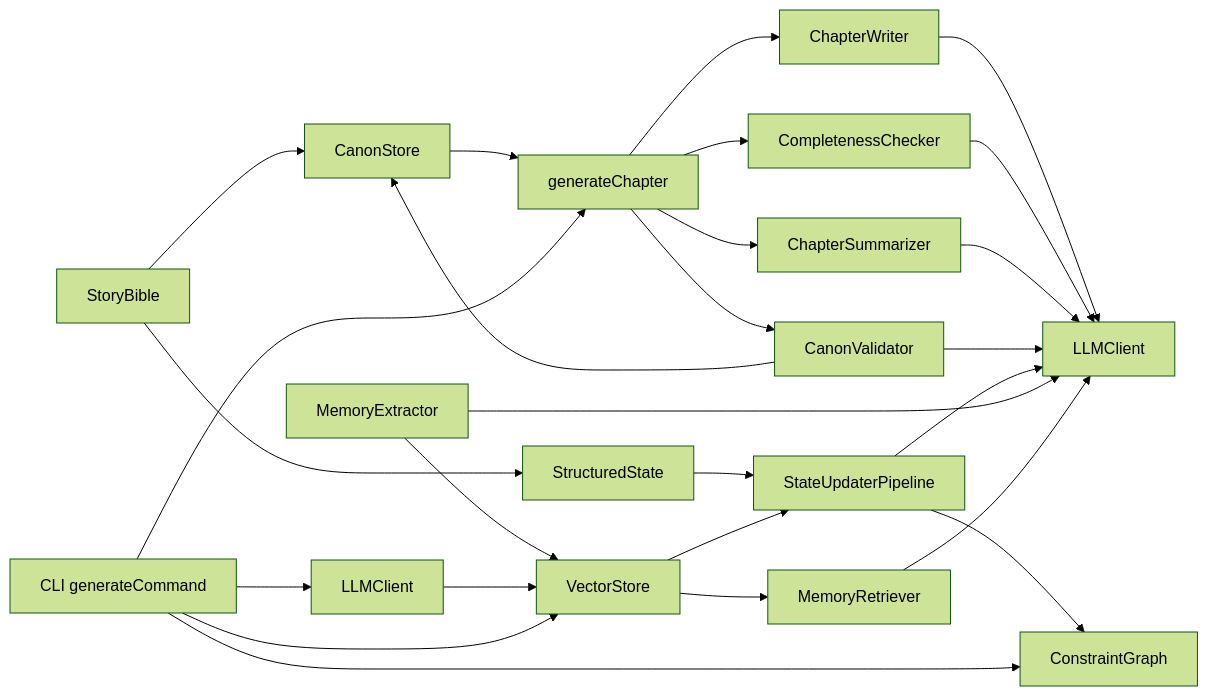
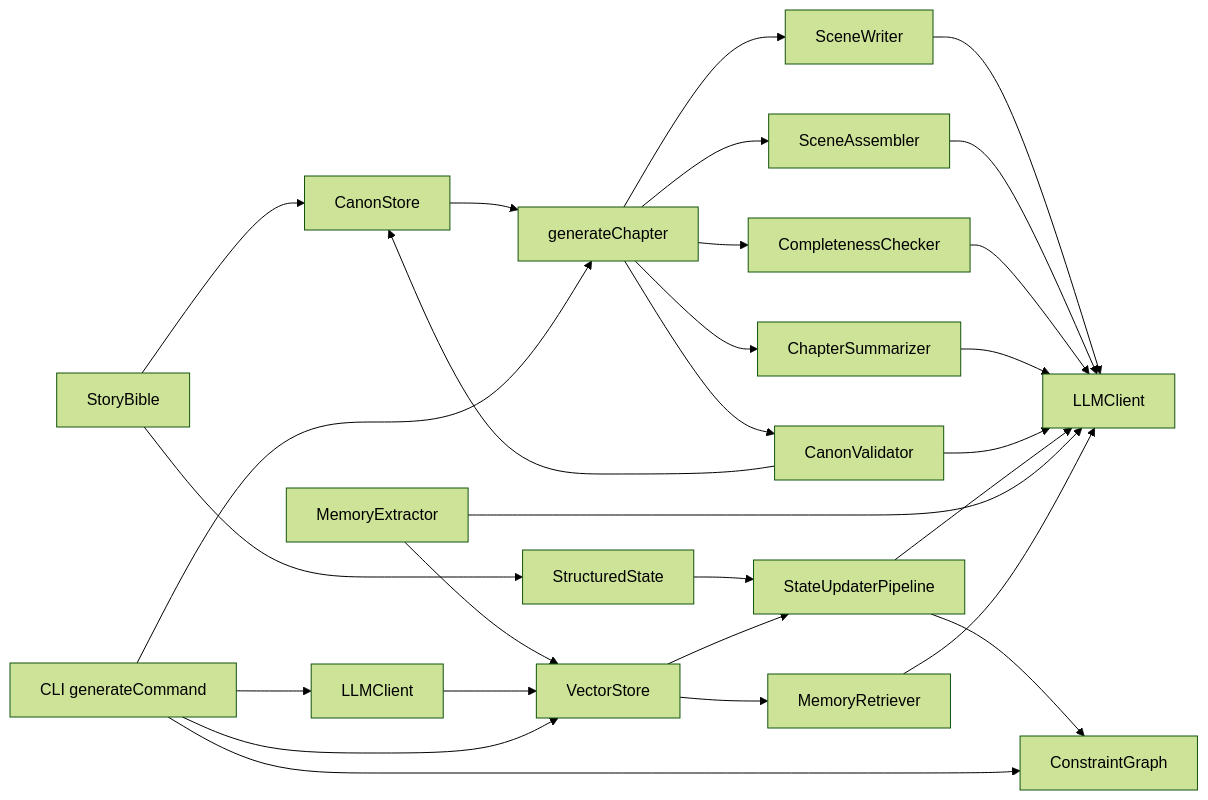
Diagram 17 of 17 in .qoder/repowiki/en/content/Memory Management System/Memory Management System.md (liwonder/NARRITIVE_OS), drawn with Mermaid (forest theme) before and after one commit. The commit also changed other lines of this file and 22 other files, not shown here.

````diff
--- a/.qoder/repowiki/en/content/Memory Management System/Memory Management System.md
+++ b/.qoder/repowiki/en/content/Memory Management System/Memory Management System.md
@@ -710,28 +849,30 @@
 ```mermaid
 graph LR
 B["StoryBible"] --> CS["CanonStore"]
 B --> SS["StructuredState"]
 CS --> G["generateChapter"]
 SS --> SU["StateUpdaterPipeline"]
 VS["VectorStore"] --> MR["MemoryRetriever"]
 VS --> SU
 ME["MemoryExtractor"] --> VS
 SU --> CG["ConstraintGraph"]
-G --> W["ChapterWriter"]
+G --> SW["SceneWriter"]
+G --> SA["SceneAssembler"]
 G --> C["CompletenessChecker"]
 G --> Z["ChapterSummarizer"]
 G --> V["CanonValidator"]
 V --> CS
-W --> LLM["LLMClient"]
+SW --> LLM["LLMClient"]
+SA --> LLM
 C --> LLM
 Z --> LLM
 V --> LLM
 SU --> LLM
 ME --> LLM
 MR --> LLM
 LC["LLMClient"] --> VS
 CMD["CLI generateCommand"] --> G
 CMD --> VS
 CMD --> CG
 CMD --> LC
 ```
````
